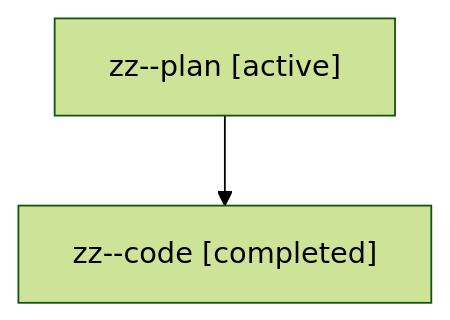
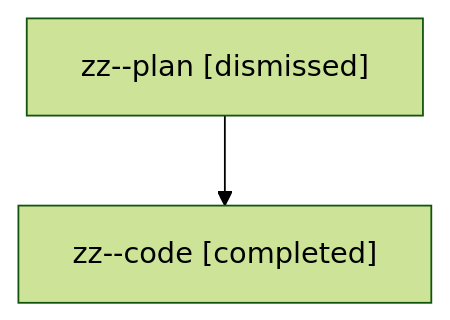
Before and after one commit to sase-org/sase--agents: the diagram in sessions/bbugyi200.athena.zz.md, drawn with Mermaid (forest theme). The commit also changed other lines of this file and 6 other files, not shown here.

````diff
--- a/sessions/bbugyi200.athena.zz.md
+++ b/sessions/bbugyi200.athena.zz.md
@@ -9,6 +9,6 @@
 ```mermaid
 flowchart TD
-  n0["zz--plan [active]"]
+  n0["zz--plan [dismissed]"]
   n1["zz--code [completed]"]
   n0 --> n1
 ```
````
